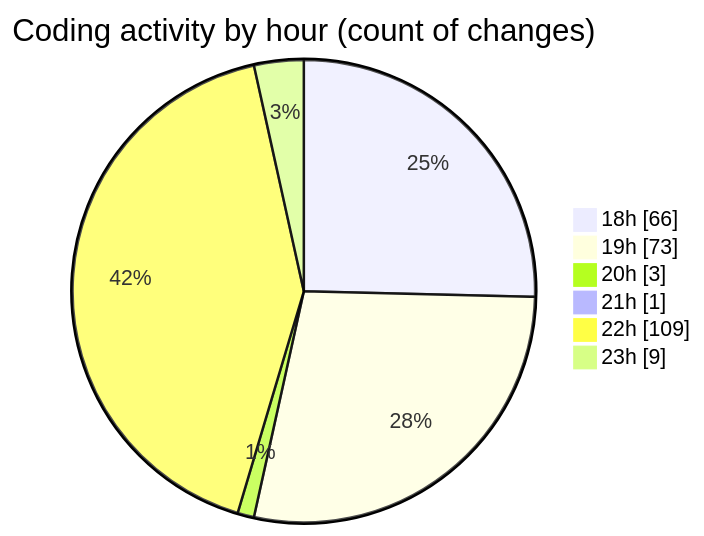
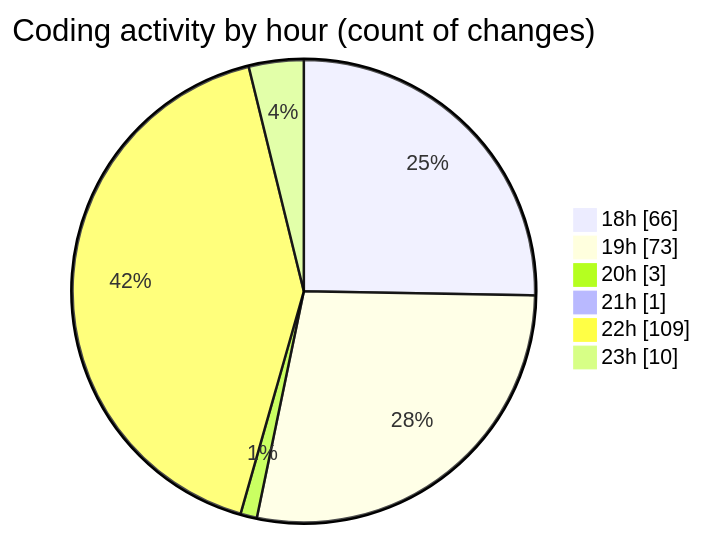
Before and after one commit to Ritupan-Deka/code-tracking: the second of 2 diagrams in 2025-07-16/mern-workoutboard/README.md, drawn with Mermaid. The commit also changed other lines of this file and 1 other file, not shown here.

````diff
--- a/2025-07-16/mern-workoutboard/README.md
+++ b/2025-07-16/mern-workoutboard/README.md
@@ -35,10 +35,10 @@
 ```mermaid
 pie showData
 title Coding activity by hour (count of changes)
 "18h" : 66
 "19h" : 73
 "20h" : 3
 "21h" : 1
 "22h" : 109
-"23h" : 9
+"23h" : 10
 ```
````
